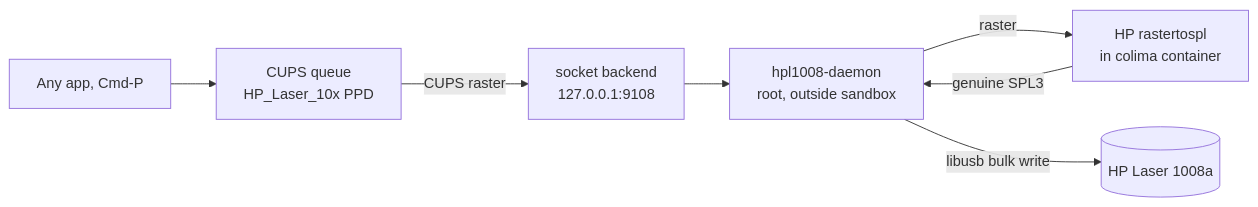
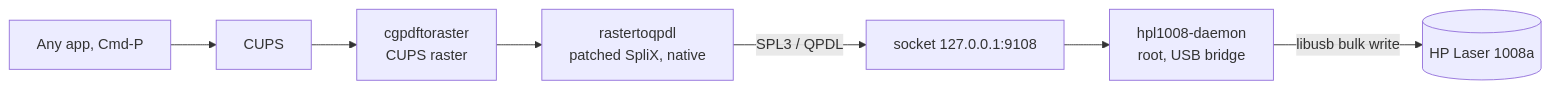
Before and after one commit to Joaquim-mph/laser-ML2160-macos: the diagram in README.md, drawn with Mermaid. The commit also changed other lines of this file and 9 other files, not shown here.

First line of the commit message:
UPDATE: fully native driver via patched SpliX; drop Docker/colima/ULD

````diff
--- a/README.md
+++ b/README.md
@@ -62,9 +39,9 @@
 ```mermaid
 flowchart LR
-    A[Any app, Cmd-P] --> B[CUPS queue<br/>HP_Laser_10x PPD]
-    B -->|CUPS raster| C[socket backend<br/>127.0.0.1:9108]
-    C --> D[hpl1008-daemon<br/>root, outside sandbox]
-    D -->|raster| E[HP rastertospl<br/>in colima container]
-    E -->|genuine SPL3| D
-    D -->|libusb bulk write| F[(HP Laser 1008a)]
+    A[Any app, Cmd-P] --> B[CUPS]
+    B --> C[cgpdftoraster<br/>CUPS raster]
+    C --> D[rastertoqpdl<br/>patched SpliX, native]
+    D -->|SPL3 / QPDL| E[socket 127.0.0.1:9108]
+    E --> F[hpl1008-daemon<br/>root, USB bridge]
+    F -->|libusb bulk write| G[(HP Laser 1008a)]
 ```
````
